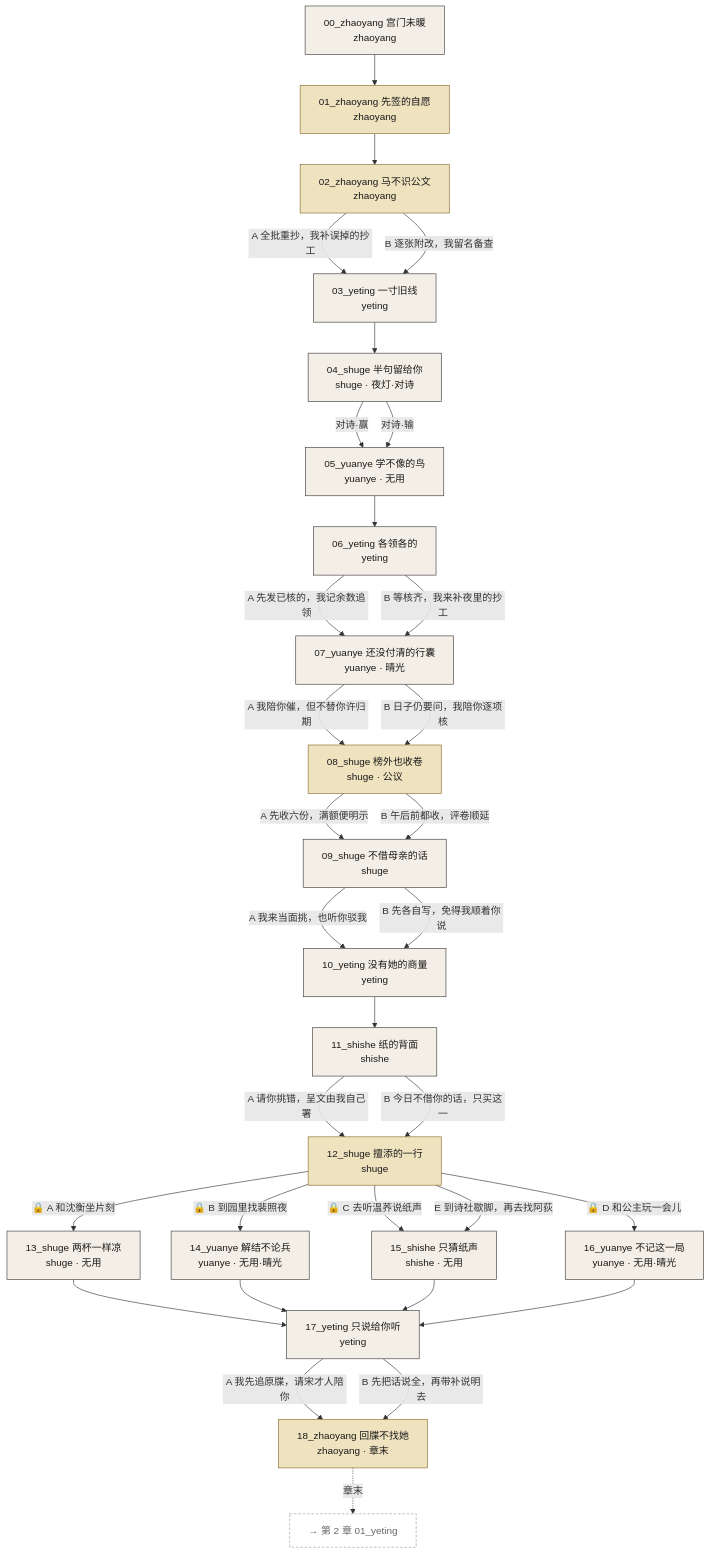
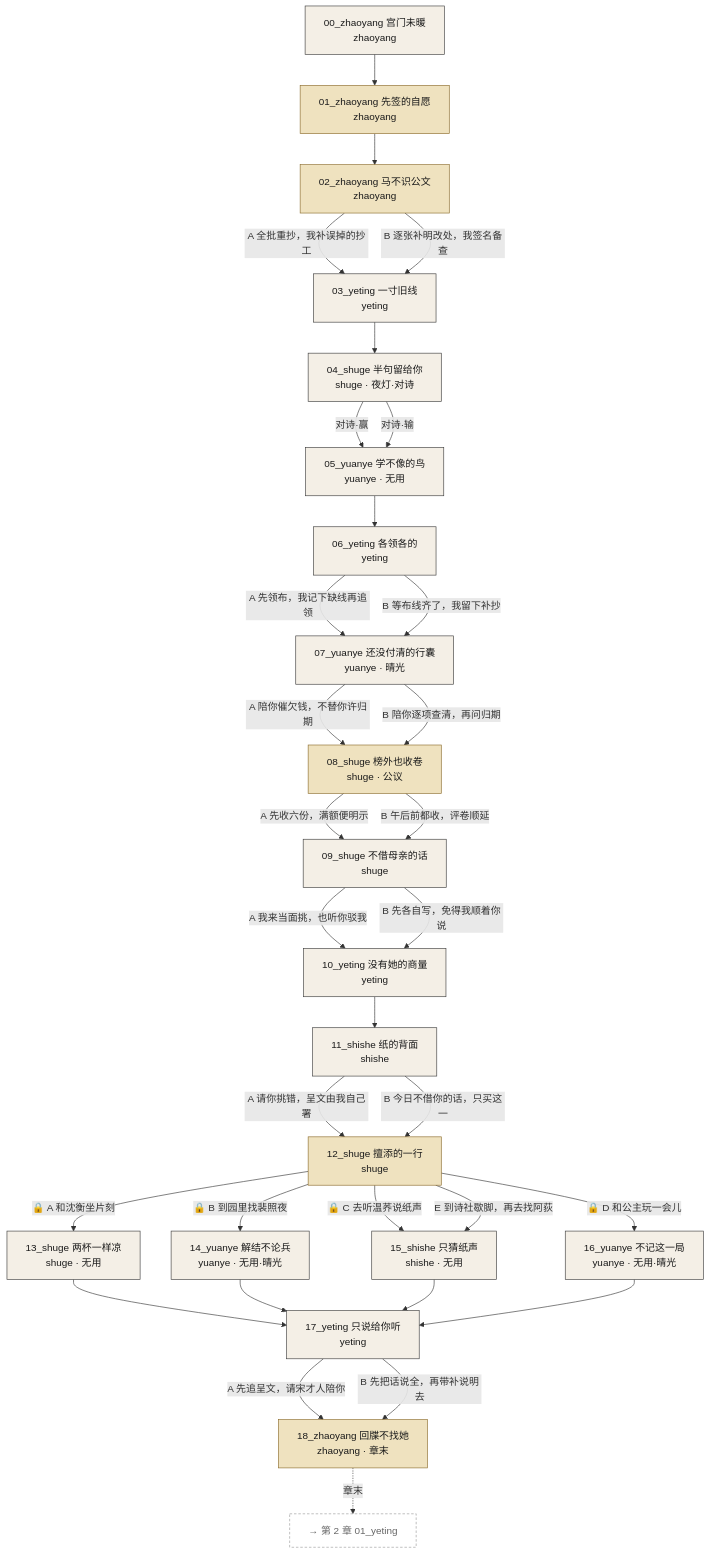
Before and after one commit to Yidizhu/wuzetian: the first of 4 diagrams in docs/story-graph.md, drawn with Mermaid. The commit also changed other lines of this file and 108 other files, not shown here.

````diff
--- a/docs/story-graph.md
+++ b/docs/story-graph.md
@@ -19,58 +19,58 @@
 ```mermaid
 flowchart TD
   classDef ink fill:#f4efe6,stroke:#3a3a3a,color:#1a1a1a
   classDef gold fill:#efe2bf,stroke:#8a6a2a,color:#1a1a1a
   classDef orphan stroke:#b23a2a,stroke-width:3px
   classDef pending fill:#ffffff,stroke:#999,stroke-dasharray:4 3,color:#666
   ch01_s00_zhaoyang["00_zhaoyang 宫门未暖<br/>zhaoyang"]:::ink
   ch01_s01_zhaoyang["01_zhaoyang 先签的自愿<br/>zhaoyang"]:::gold
   ch01_s02_zhaoyang["02_zhaoyang 马不识公文<br/>zhaoyang"]:::gold
   ch01_s03_yeting["03_yeting 一寸旧线<br/>yeting"]:::ink
   ch01_s04_shuge["04_shuge 半句留给你<br/>shuge · 夜灯·对诗"]:::ink
   ch01_s05_yuanye["05_yuanye 学不像的鸟<br/>yuanye · 无用"]:::ink
   ch01_s06_yeting["06_yeting 各领各的<br/>yeting"]:::ink
   ch01_s07_yuanye["07_yuanye 还没付清的行囊<br/>yuanye · 晴光"]:::ink
   ch01_s08_shuge["08_shuge 榜外也收卷<br/>shuge · 公议"]:::gold
   ch01_s09_shuge["09_shuge 不借母亲的话<br/>shuge"]:::ink
   ch01_s10_yeting["10_yeting 没有她的商量<br/>yeting"]:::ink
   ch01_s11_shishe["11_shishe 纸的背面<br/>shishe"]:::ink
   ch01_s12_shuge["12_shuge 擅添的一行<br/>shuge"]:::gold
   ch01_s13_shuge["13_shuge 两杯一样凉<br/>shuge · 无用"]:::ink
   ch01_s14_yuanye["14_yuanye 解结不论兵<br/>yuanye · 无用·晴光"]:::ink
   ch01_s15_shishe["15_shishe 只猜纸声<br/>shishe · 无用"]:::ink
   ch01_s16_yuanye["16_yuanye 不记这一局<br/>yuanye · 无用·晴光"]:::ink
   ch01_s17_yeting["17_yeting 只说给你听<br/>yeting"]:::ink
   ch01_s18_zhaoyang["18_zhaoyang 回牒不找她<br/>zhaoyang · 章末"]:::gold
   ch01_s00_zhaoyang --> ch01_s01_zhaoyang
   ch01_s01_zhaoyang --> ch01_s02_zhaoyang
   ch01_s02_zhaoyang -->|"A 全批重抄，我补误掉的抄工"| ch01_s03_yeting
-  ch01_s02_zhaoyang -->|"B 逐张附改，我留名备查"| ch01_s03_yeting
+  ch01_s02_zhaoyang -->|"B 逐张补明改处，我签名备查"| ch01_s03_yeting
   ch01_s03_yeting --> ch01_s04_shuge
   ch01_s04_shuge -->|"对诗·赢"| ch01_s05_yuanye
   ch01_s04_shuge -->|"对诗·输"| ch01_s05_yuanye
   ch01_s05_yuanye --> ch01_s06_yeting
-  ch01_s06_yeting -->|"A 先发已核的，我记余数追领"| ch01_s07_yuanye
-  ch01_s06_yeting -->|"B 等核齐，我来补夜里的抄工"| ch01_s07_yuanye
-  ch01_s07_yuanye -->|"A 我陪你催，但不替你许归期"| ch01_s08_shuge
-  ch01_s07_yuanye -->|"B 日子仍要问，我陪你逐项核"| ch01_s08_shuge
+  ch01_s06_yeting -->|"A 先领布，我记下缺线再追领"| ch01_s07_yuanye
+  ch01_s06_yeting -->|"B 等布线齐了，我留下补抄"| ch01_s07_yuanye
+  ch01_s07_yuanye -->|"A 陪你催欠钱，不替你许归期"| ch01_s08_shuge
+  ch01_s07_yuanye -->|"B 陪你逐项查清，再问归期"| ch01_s08_shuge
   ch01_s08_shuge -->|"A 先收六份，满额便明示"| ch01_s09_shuge
   ch01_s08_shuge -->|"B 午后前都收，评卷顺延"| ch01_s09_shuge
   ch01_s09_shuge -->|"A 我来当面挑，也听你驳我"| ch01_s10_yeting
   ch01_s09_shuge -->|"B 先各自写，免得我顺着你说"| ch01_s10_yeting
   ch01_s10_yeting --> ch01_s11_shishe
   ch01_s11_shishe -->|"A 请你挑错，呈文由我自己署"| ch01_s12_shuge
   ch01_s11_shishe -->|"B 今日不借你的话，只买这一"| ch01_s12_shuge
   ch01_s12_shuge -->|"🔒 A 和沈衡坐片刻"| ch01_s13_shuge
   ch01_s12_shuge -->|"🔒 B 到园里找裴照夜"| ch01_s14_yuanye
   ch01_s12_shuge -->|"🔒 C 去听温荞说纸声"| ch01_s15_shishe
   ch01_s12_shuge -->|"🔒 D 和公主玩一会儿"| ch01_s16_yuanye
   ch01_s12_shuge -->|"E 到诗社歇脚，再去找阿荻"| ch01_s15_shishe
   ch01_s13_shuge --> ch01_s17_yeting
   ch01_s14_yuanye --> ch01_s17_yeting
   ch01_s15_shishe --> ch01_s17_yeting
   ch01_s16_yuanye --> ch01_s17_yeting
-  ch01_s17_yeting -->|"A 我先追原牒，请宋才人陪你"| ch01_s18_zhaoyang
+  ch01_s17_yeting -->|"A 先追呈文，请宋才人陪你"| ch01_s18_zhaoyang
   ch01_s17_yeting -->|"B 先把话说全，再带补说明去"| ch01_s18_zhaoyang
   ch01_s18_zhaoyang -.->|"章末"| ch02_s01_yeting
   ch02_s01_yeting["→ 第 2 章 01_yeting"]:::pending
 ```
````
